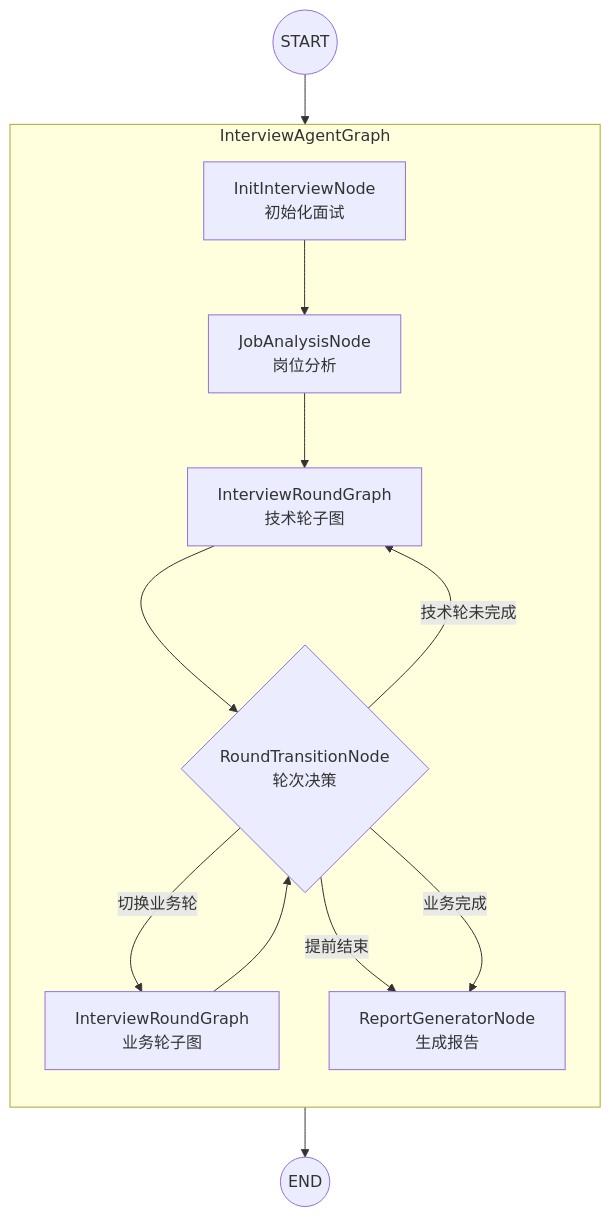
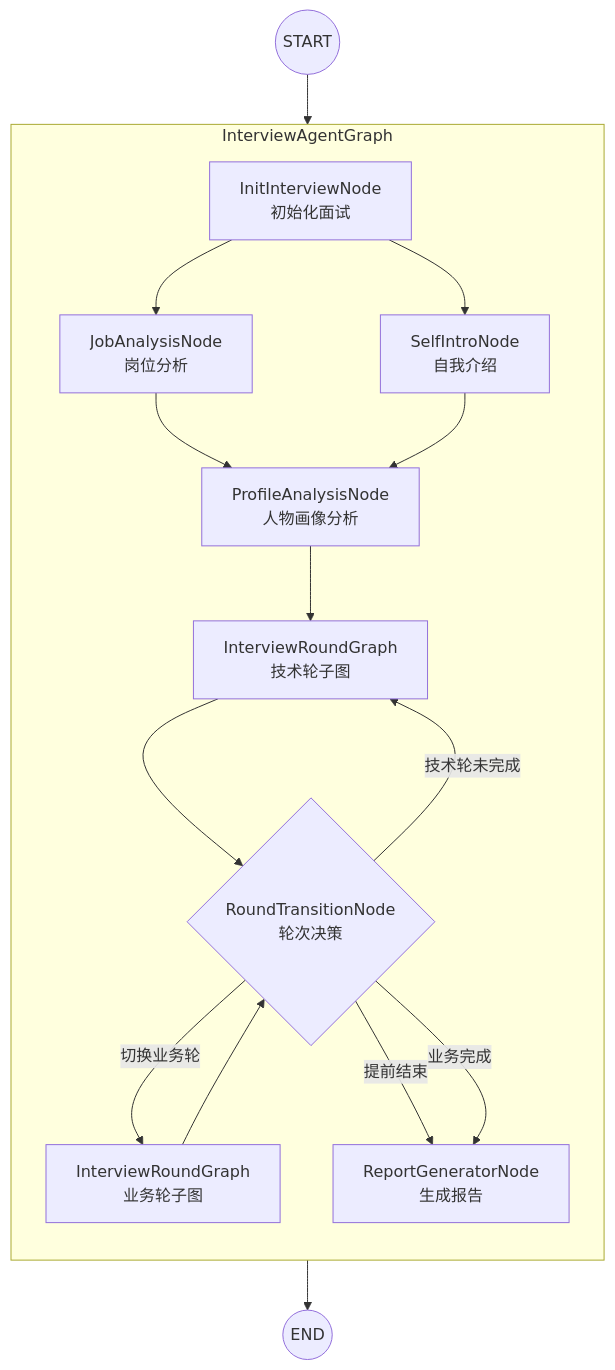
The first of 4 diagrams in README.md (zunff/interview-agent), drawn with Mermaid before and after one commit. The commit also changed other lines of this file and 6 other files, not shown here.

````diff
--- a/README.md
+++ b/README.md
@@ -35,22 +35,27 @@
 ```mermaid
 graph TD
     START((START))
 
     subgraph 主图["InterviewAgentGraph"]
         direction TD
         INIT[InitInterviewNode<br/>初始化面试] --> JOB[JobAnalysisNode<br/>岗位分析]
-        JOB --> TECH[InterviewRoundGraph<br/>技术轮子图]
+        INIT --> SELF[SelfIntroNode<br/>自我介绍]
+
+        JOB --> PROFILE[ProfileAnalysisNode<br/>人物画像分析]
+        SELF --> PROFILE
+
+        PROFILE --> TECH[InterviewRoundGraph<br/>技术轮子图]
 
         TECH --> ROUTER{RoundTransitionNode<br/>轮次决策}
 
         ROUTER -->|技术轮未完成| TECH
         ROUTER -->|切换业务轮| BIZ[InterviewRoundGraph<br/>业务轮子图]
         ROUTER -->|提前结束| REPORT
 
         BIZ --> ROUTER
         ROUTER -->|业务完成| REPORT[ReportGeneratorNode<br/>生成报告]
     end
 
     START --> INIT
     REPORT --> END((END))
 ```
````
